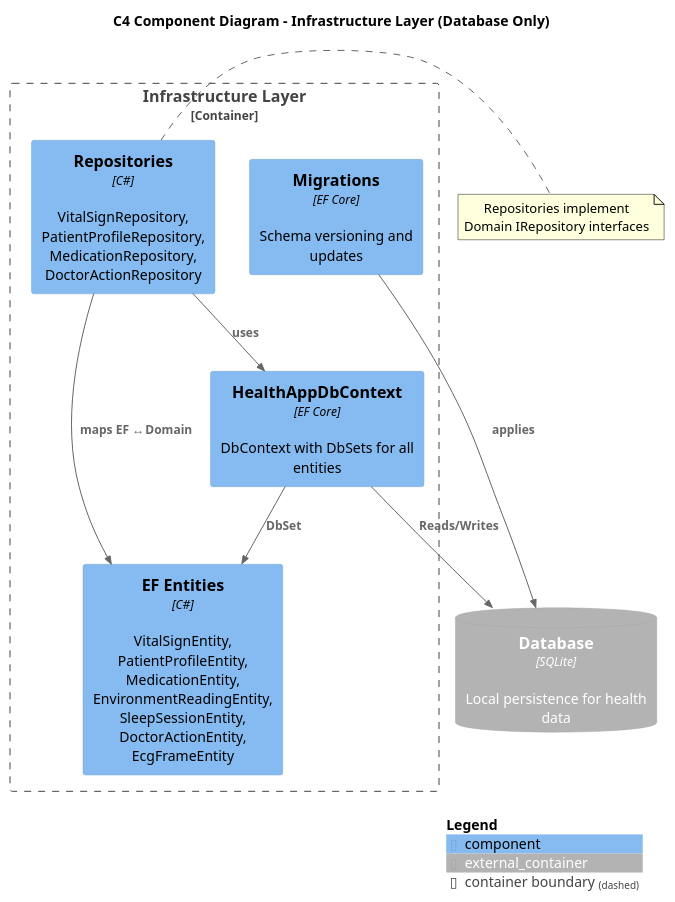
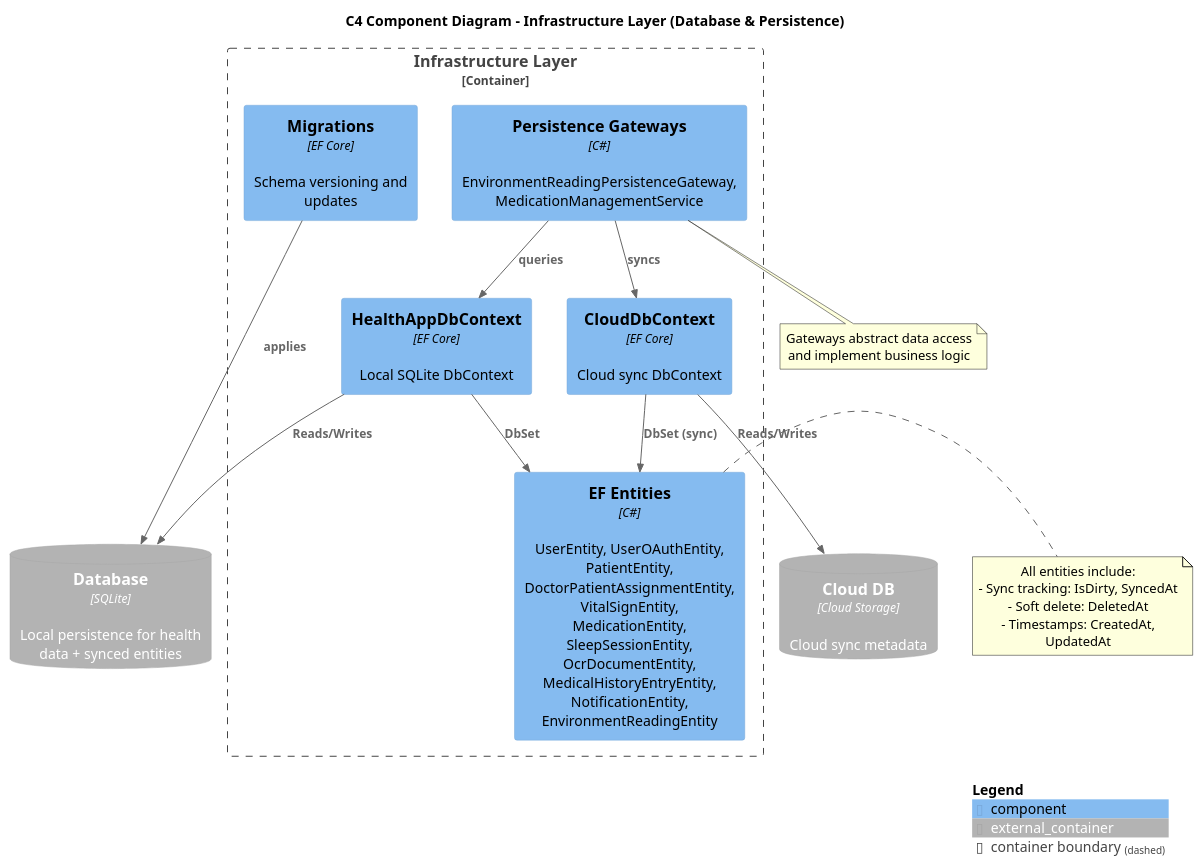
Before and after one commit to Theo3883/Digital-Twin: the diagram in diagrams/c4-infrastructure.puml, drawn with PlantUML. The commit also changed 3 other files, not shown here.

Commit message:
updated database schemas

```diff
--- a/diagrams/c4-infrastructure.puml
+++ b/diagrams/c4-infrastructure.puml
@@ -1,30 +1,42 @@
 @startuml IOS Health App - C4 Infrastructure Layer
 !include https://raw.githubusercontent.com/plantuml-stdlib/C4-PlantUML/master/C4_Component.puml
 
-title C4 Component Diagram - Infrastructure Layer (Database Only)
+title C4 Component Diagram - Infrastructure Layer (Database & Persistence)
 
 Container_Boundary(infrastructure, "Infrastructure Layer") {
-    Component(dbcontext, "HealthAppDbContext", "EF Core", "DbContext with DbSets for all entities")
+    Component(dbcontext_health, "HealthAppDbContext", "EF Core", "Local SQLite DbContext")
     
-    Component(entities, "EF Entities", "C#", "VitalSignEntity, PatientProfileEntity, MedicationEntity, EnvironmentReadingEntity, SleepSessionEntity, DoctorActionEntity, EcgFrameEntity")
+    Component(dbcontext_cloud, "CloudDbContext", "EF Core", "Cloud sync DbContext")
     
-    Component(repositories, "Repositories", "C#", "VitalSignRepository, PatientProfileRepository, MedicationRepository, DoctorActionRepository")
+    Component(entities, "EF Entities", "C#", "UserEntity, UserOAuthEntity, PatientEntity, DoctorPatientAssignmentEntity, VitalSignEntity, MedicationEntity, SleepSessionEntity, OcrDocumentEntity, MedicalHistoryEntryEntity, NotificationEntity, EnvironmentReadingEntity")
+    
+    Component(gateways, "Persistence Gateways", "C#", "EnvironmentReadingPersistenceGateway, MedicationManagementService")
     
     Component(migrations, "Migrations", "EF Core", "Schema versioning and updates")
 }
 
-ContainerDb_Ext(database, "Database", "SQLite", "Local persistence for health data")
+ContainerDb_Ext(database_local, "Database", "SQLite", "Local persistence for health data + synced entities")
+ContainerDb_Ext(database_cloud, "Cloud DB", "Cloud Storage", "Cloud sync metadata")
 
-Rel(repositories, dbcontext, "uses")
-Rel(repositories, entities, "maps EF ↔ Domain")
-Rel(dbcontext, entities, "DbSet")
-Rel(dbcontext, database, "Reads/Writes")
-Rel(migrations, database, "applies")
+Rel(gateways, dbcontext_health, "queries")
+Rel(gateways, dbcontext_cloud, "syncs")
+Rel(dbcontext_health, entities, "DbSet")
+Rel(dbcontext_cloud, entities, "DbSet (sync)")
+Rel(dbcontext_health, database_local, "Reads/Writes")
+Rel(dbcontext_cloud, database_cloud, "Reads/Writes")
+Rel(migrations, database_local, "applies")
 
-note right of repositories
-  Repositories implement
-  Domain IRepository interfaces
+note right of entities
+  All entities include:
+  - Sync tracking: IsDirty, SyncedAt
+  - Soft delete: DeletedAt
+  - Timestamps: CreatedAt, UpdatedAt
+end note
+
+note bottom of gateways
+  Gateways abstract data access
+  and implement business logic
 end note
 
 SHOW_LEGEND()
 @enduml
```
